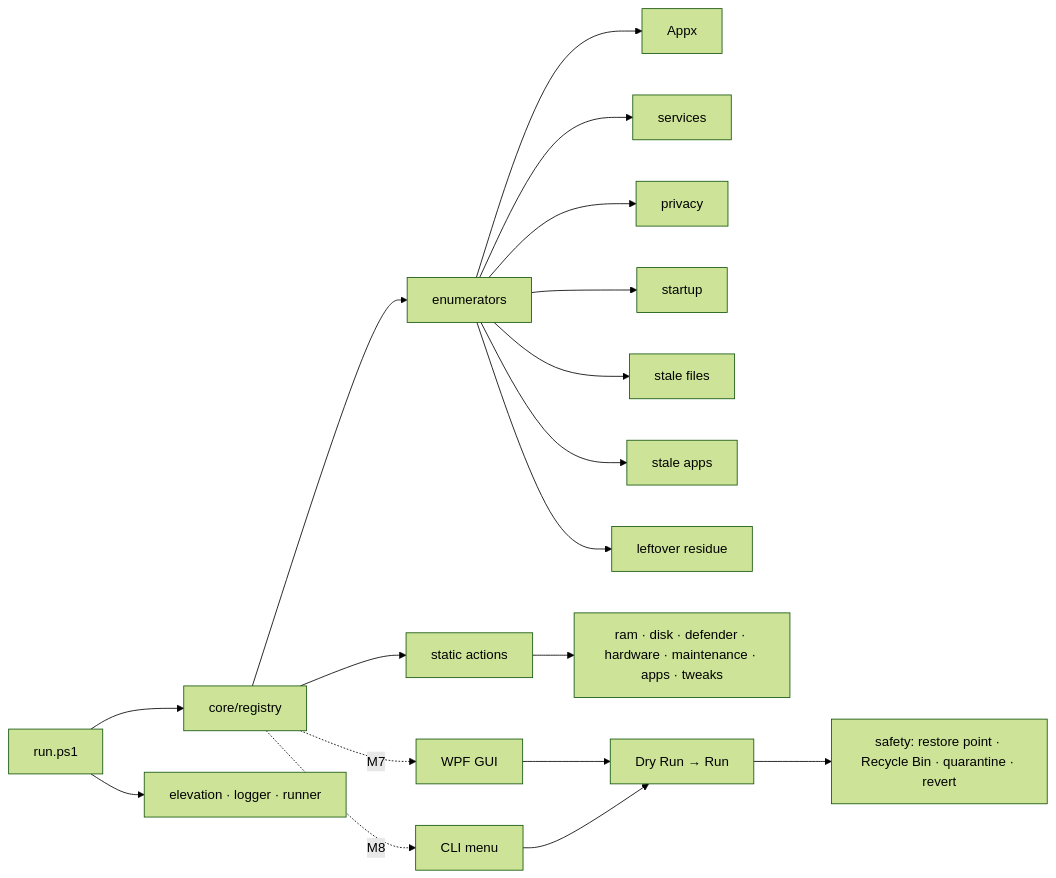
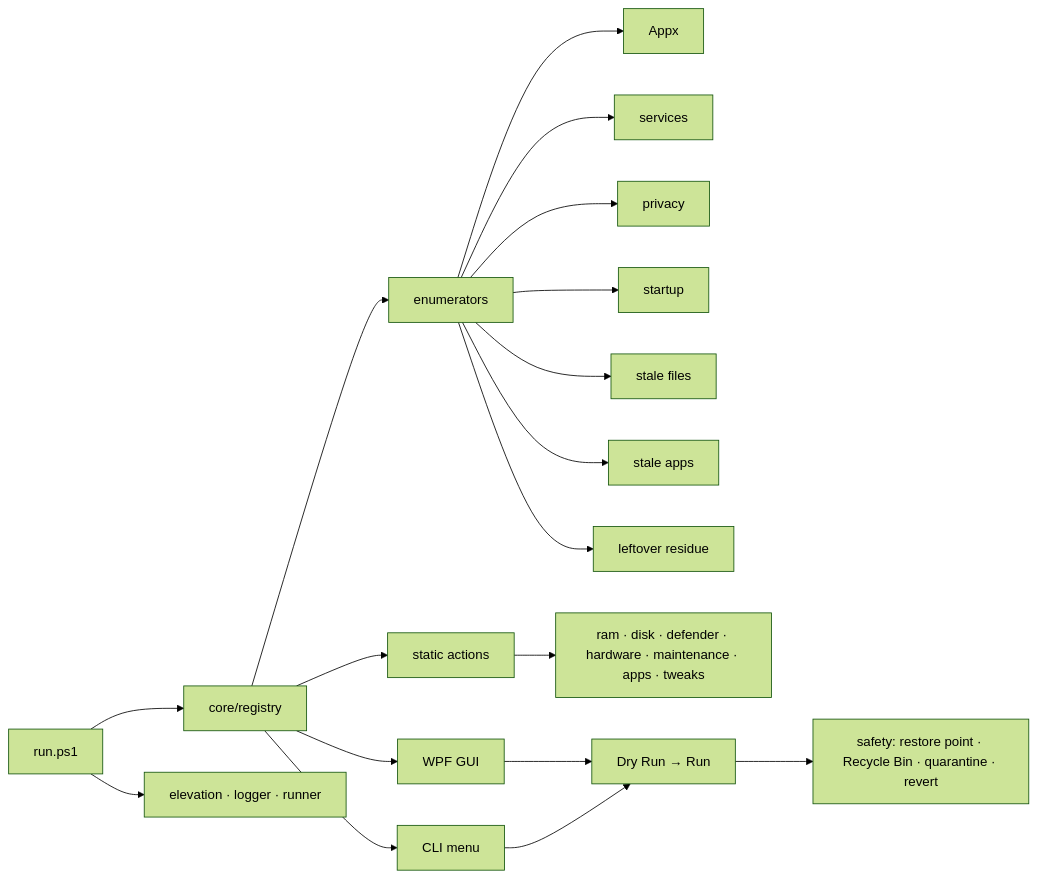
Before and after one commit to 0xRnato/win10tools: the diagram in README.md, drawn with Mermaid (forest theme). The commit also changed other lines of this file and 3 other files, not shown here.

Commit message:
feat(bootstrap): add zipball bootstrap flow for iwr-iex one-liner

````diff
--- a/README.md
+++ b/README.md
@@ -46,20 +48,20 @@
 ```mermaid
 flowchart LR
     A[run.ps1] --> B[core/registry]
     A --> C[elevation · logger · runner]
     B --> D[static actions]
     B --> E[enumerators]
     E --> E1[Appx]
     E --> E2[services]
     E --> E3[privacy]
     E --> E4[startup]
     E --> E5[stale files]
     E --> E6[stale apps]
     E --> E7[leftover residue]
     D --> F[ram · disk · defender · hardware · maintenance · apps · tweaks]
-    B -. M7 .-> G[WPF GUI]
-    B -. M8 .-> H[CLI menu]
+    B --> G[WPF GUI]
+    B --> H[CLI menu]
     G --> I[Dry Run → Run]
     H --> I
     I --> J[safety: restore point · Recycle Bin · quarantine · revert]
 ```
````
